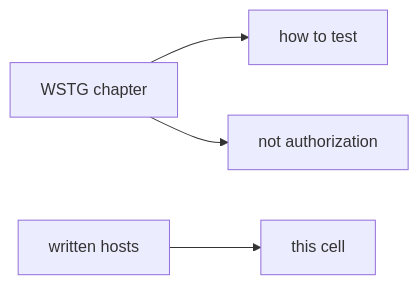
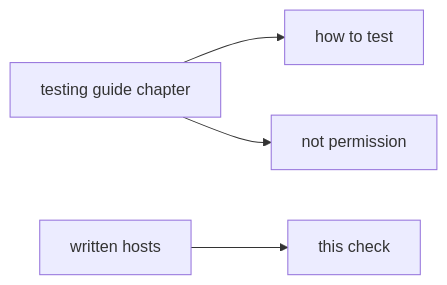
Before and after one commit to ishitvagoel/LearnSecurity: the second of 2 diagrams in content/modules/0/0.1/lessons/01-property.md, drawn with Mermaid. The commit also changed other lines of this file and 14 other files, not shown here.

````diff
--- a/content/modules/0/0.1/lessons/01-property.md
+++ b/content/modules/0/0.1/lessons/01-property.md
@@ -30,6 +30,6 @@
 ```mermaid
 flowchart LR
-  Wstg[WSTG chapter] --> Method[how to test]
-  Scope[written hosts] --> Authz[this cell]
-  Wstg --> NotPermit[not authorization]
+  Wstg[testing guide chapter] --> Method[how to test]
+  Scope[written hosts] --> Authz[this check]
+  Wstg --> NotPermit[not permission]
 ```
````
